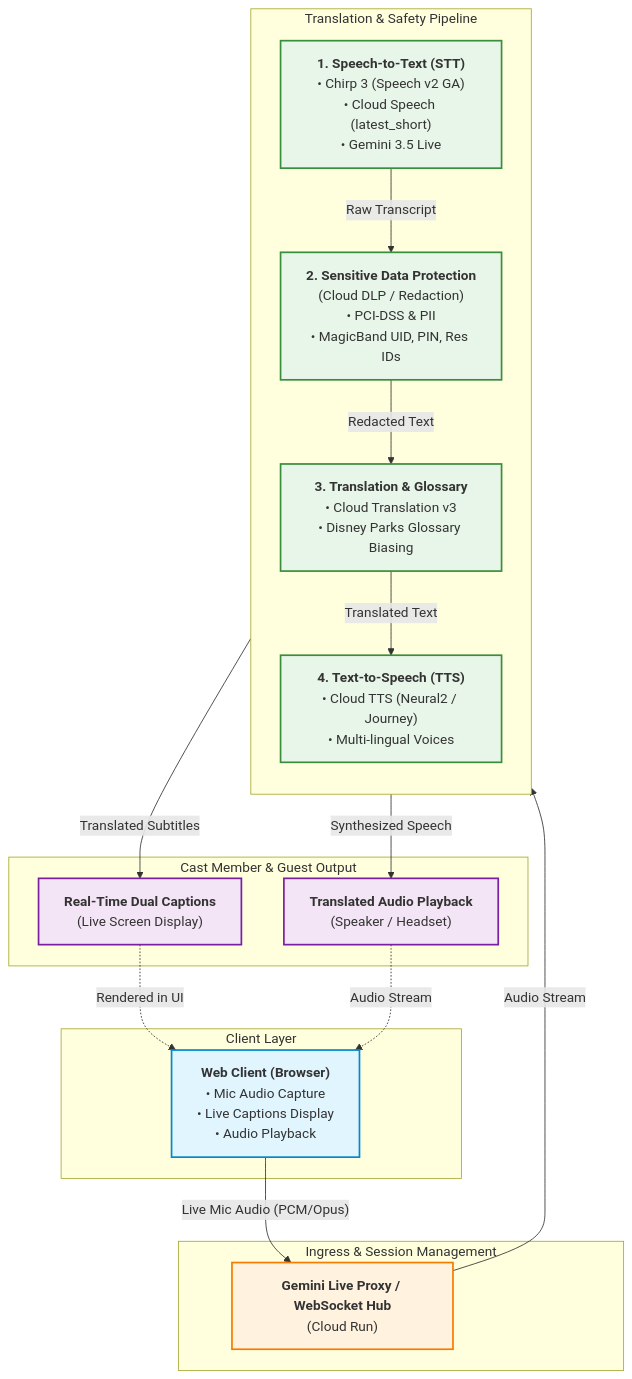
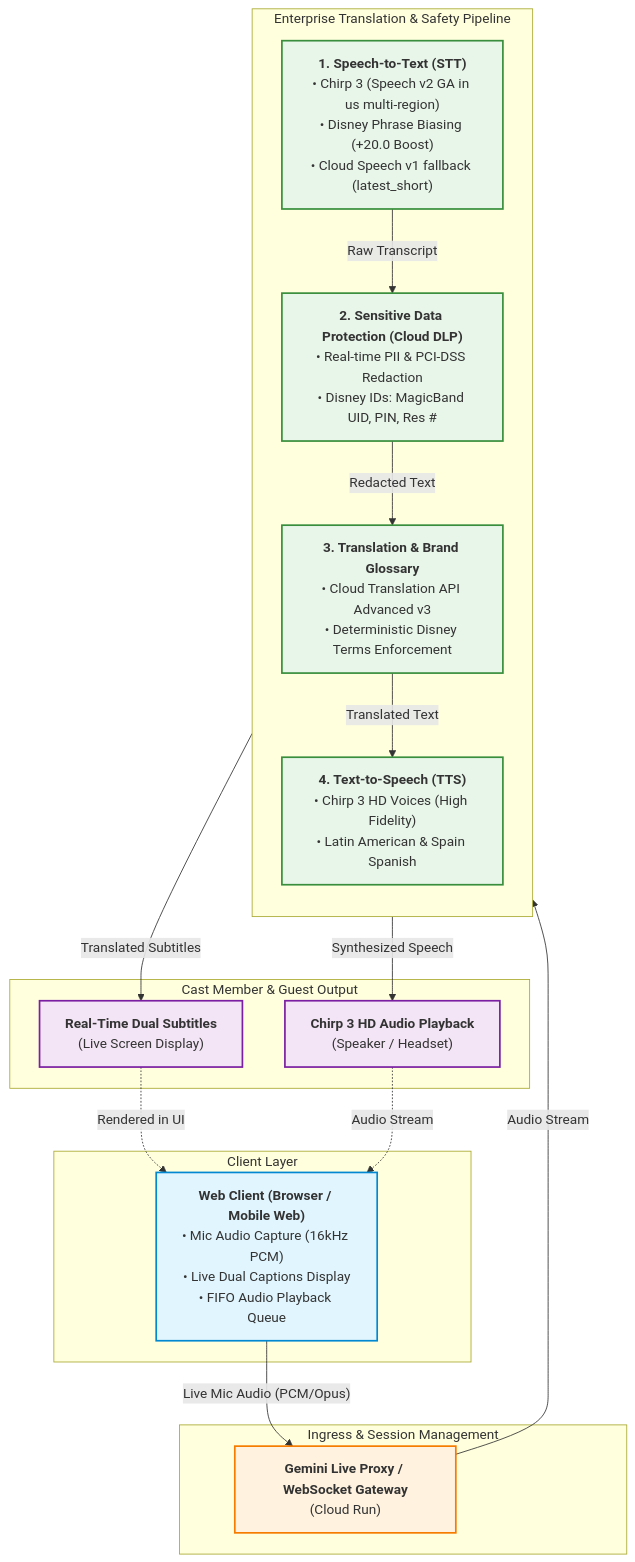
The diagram in README.md (John-Anthony-L/GCP-Live-Translation), drawn with Mermaid before and after one commit. The commit also changed other lines of this file, not shown here.

Commit message:
docs: modernize README architecture matrix, remove obsolete CXAS/iOS references, and highlight Chirp 3 STT/TTS pipeline

````diff
--- a/README.md
+++ b/README.md
@@ -26,49 +26,49 @@
 ```mermaid
 flowchart TD
     subgraph Client["Client Layer"]
-        Web["<b>Web Client (Browser)</b><br/>• Mic Audio Capture<br/>• Live Captions Display<br/>• Audio Playback"]
+        Web["<b>Web Client (Browser / Mobile Web)</b><br/>• Mic Audio Capture (16kHz PCM)<br/>• Live Dual Captions Display<br/>• FIFO Audio Playback Queue"]
     end
 
     subgraph Gateway["Ingress & Session Management"]
-        Proxy["<b>Gemini Live Proxy / WebSocket Hub</b><br/>(Cloud Run)"]
+        Proxy["<b>Gemini Live Proxy / WebSocket Gateway</b><br/>(Cloud Run)"]
     end
 
-    subgraph Pipeline["Translation & Safety Pipeline"]
+    subgraph Pipeline["Enterprise Translation & Safety Pipeline"]
         direction TB
-        STT["<b>1. Speech-to-Text (STT)</b><br/>• Chirp 3 (Speech v2 GA)<br/>• Cloud Speech (latest_short)<br/>• Gemini 3.5 Live"]
-        DLP["<b>2. Sensitive Data Protection</b><br/>(Cloud DLP / Redaction)<br/>• PCI-DSS & PII<br/>• MagicBand UID, PIN, Res IDs"]
-        Trans["<b>3. Translation & Glossary</b><br/>• Cloud Translation v3<br/>• Disney Parks Glossary Biasing"]
-        TTS["<b>4. Text-to-Speech (TTS)</b><br/>• Cloud TTS (Neural2 / Journey)<br/>• Multi-lingual Voices"]
+        STT["<b>1. Speech-to-Text (STT)</b><br/>• Chirp 3 (Speech v2 GA in us multi-region)<br/>• Disney Phrase Biasing (+20.0 Boost)<br/>• Cloud Speech v1 fallback (latest_short)"]
+        DLP["<b>2. Sensitive Data Protection (Cloud DLP)</b><br/>• Real-time PII & PCI-DSS Redaction<br/>• Disney IDs: MagicBand UID, PIN, Res #"]
+        Trans["<b>3. Translation & Brand Glossary</b><br/>• Cloud Translation API Advanced v3<br/>• Deterministic Disney Terms Enforcement"]
+        TTS["<b>4. Text-to-Speech (TTS)</b><br/>• Chirp 3 HD Voices (High Fidelity)<br/>• Latin American & Spain Spanish"]
     end
 
     subgraph Experience["Cast Member & Guest Output"]
-        TextOut["<b>Real-Time Dual Captions</b><br/>(Live Screen Display)"]
-        AudioOut["<b>Translated Audio Playback</b><br/>(Speaker / Headset)"]
+        TextOut["<b>Real-Time Dual Subtitles</b><br/>(Live Screen Display)"]
+        AudioOut["<b>Chirp 3 HD Audio Playback</b><br/>(Speaker / Headset)"]
     end
 
     %% Audio input flow
     Web -->|"Live Mic Audio (PCM/Opus)"| Proxy
     Proxy -->|"Audio Stream"| STT
     STT -->|"Raw Transcript"| DLP
     DLP -->|"Redacted Text"| Trans
     Trans -->|"Translated Text"| TTS
 
     %% Output flow directly from Translation Pipeline
     Trans -->|"Translated Subtitles"| TextOut
     TTS -->|"Synthesized Speech"| AudioOut
 
     %% Feedback loop to Web Client UI
     TextOut -.->|"Rendered in UI"| Web
     AudioOut -.->|"Audio Stream"| Web
 
     %% Styling
     classDef clientStyle fill:#e1f5fe,stroke:#0288d1,stroke-width:2px;
     classDef proxyStyle fill:#fff3e0,stroke:#f57c00,stroke-width:2px;
     classDef pipeStyle fill:#e8f5e9,stroke:#388e3c,stroke-width:2px;
     classDef outStyle fill:#f3e5f5,stroke:#7b1fa2,stroke-width:2px;
 
     class Web clientStyle;
     class Proxy proxyStyle;
     class STT,DLP,Trans,TTS pipeStyle;
     class AudioOut,TextOut outStyle;
 ```
````
